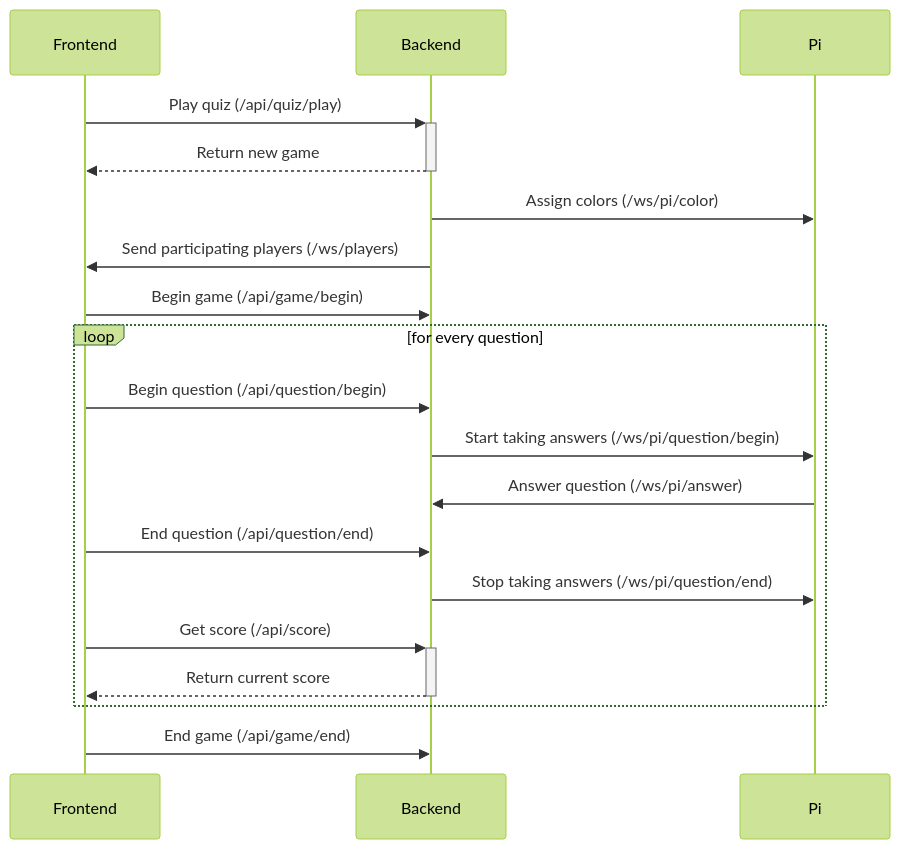
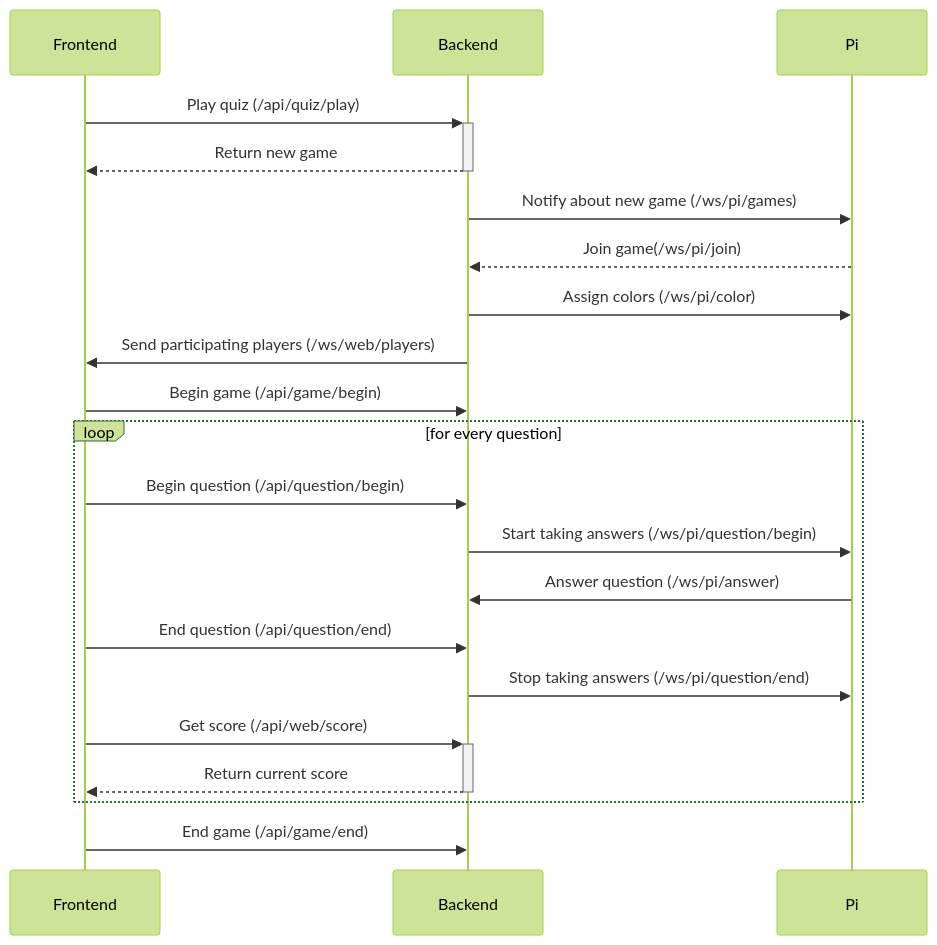
One commit to joelbieli/pihoot changed the diagram in docs/api_design.md. Above: the diagram before and after it, drawn with Mermaid (forest theme). The commit also changed other lines of this file, not shown here.

Commit message:
Complete/update api design

````diff
--- a/docs/api_design.md
+++ b/docs/api_design.md
@@ -347,22 +353,24 @@
 ```mermaid
     sequenceDiagram
         participant F as Frontend
         participant B as Backend
         participant P as Pi
         
         F ->>+ B: Play quiz (/api/quiz/play)
         B -->>- F: Return new game
+        B ->> P: Notify about new game (/ws/pi/games)
+        P -->> B: Join game(/ws/pi/join)
         B ->> P: Assign colors (/ws/pi/color)
-        B ->> F: Send participating players (/ws/players)
+        B ->> F: Send participating players (/ws/web/players)
         F ->> B: Begin game (/api/game/begin)
         loop for every question
             F ->> B: Begin question (/api/question/begin)
             B ->> P: Start taking answers (/ws/pi/question/begin)
             P ->> B: Answer question (/ws/pi/answer)
             F ->> B: End question (/api/question/end)
             B ->> P: Stop taking answers (/ws/pi/question/end)
-            F ->>+ B: Get score (/api/score)
+            F ->>+ B: Get score (/api/web/score)
             B -->>- F: Return current score
         end
         F ->> B: End game (/api/game/end)
 ```
````
